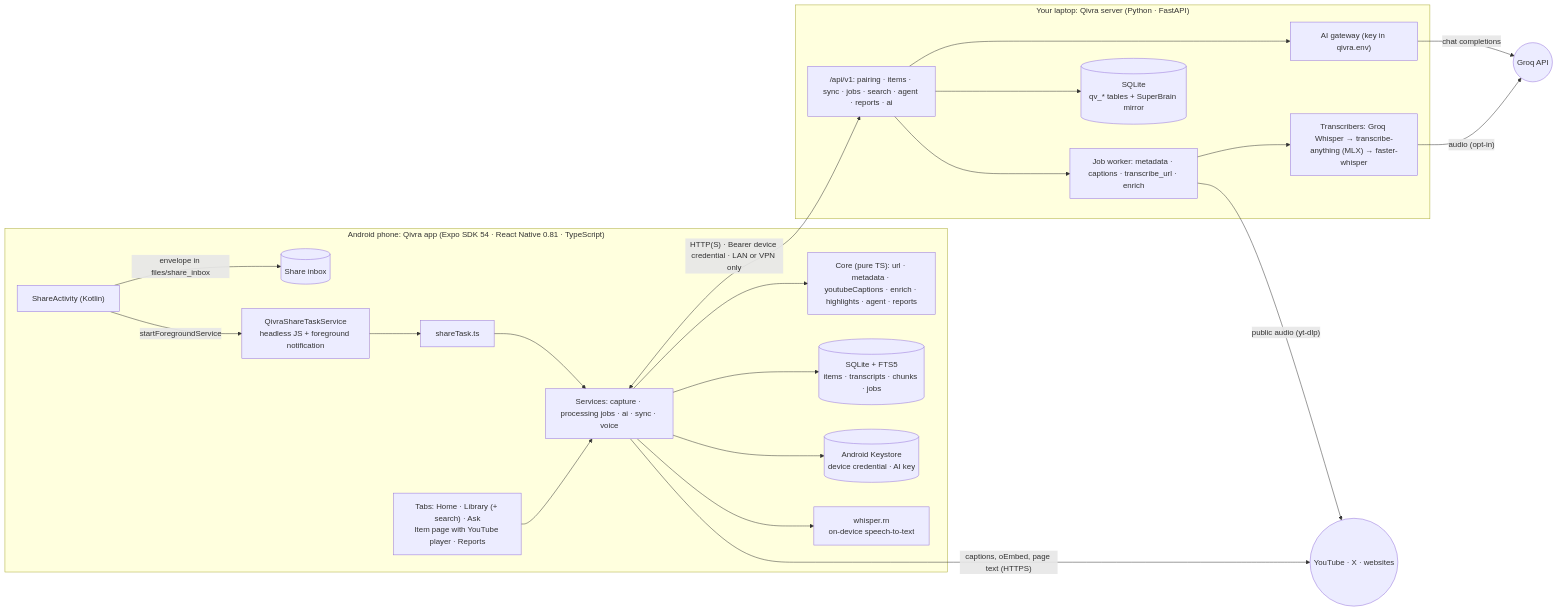
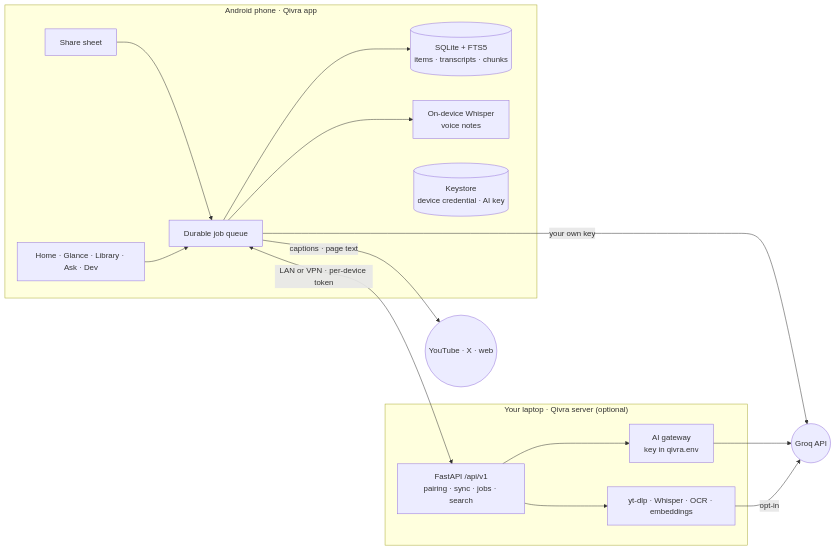
One commit to deekshith-b48/Qivra changed the diagram in README.md. Above: the diagram before and after it, drawn with Mermaid. The commit also changed other lines of this file and 92 other files, not shown here.

First line of the commit message:
Qivra 2.0.0: bring-your-own Groq key, Dev mode, shelves, compact UI

````diff
--- a/README.md
+++ b/README.md
@@ -81,31 +95,24 @@
 ```mermaid
 flowchart LR
-  subgraph Phone["Android phone: Qivra app (Expo SDK 54 · React Native 0.81 · TypeScript)"]
-    Share["ShareActivity (Kotlin)"] -->|"envelope in files/share_inbox"| Inbox[(Share inbox)]
-    Share -->|"startForegroundService"| Svc["QivraShareTaskService<br/>headless JS + foreground notification"]
-    Svc --> Task["shareTask.ts"]
-    UI["Tabs: Home · Library (+ search) · Ask<br/>Item page with YouTube player · Reports"] --> Services
-    Task --> Services["Services: capture · processing jobs · ai · sync · voice"]
-    Services --> Core["Core (pure TS): url · metadata · youtubeCaptions · enrich · highlights · agent · reports"]
-    Services --> DB[("SQLite + FTS5<br/>items · transcripts · chunks · jobs")]
-    Services --> Keystore[("Android Keystore<br/>device credential · AI key")]
-    Services --> Whisper["whisper.rn<br/>on-device speech-to-text"]
+  subgraph Phone["Android phone · Qivra app"]
+    Share["Share sheet"] --> Jobs["Durable job queue"]
+    UI["Home · Glance · Library · Ask · Dev"] --> Jobs
+    Jobs --> DB[("SQLite + FTS5<br/>items · transcripts · chunks")]
+    Jobs --> Whisper["On-device Whisper<br/>voice notes"]
+    Key[("Keystore<br/>device credential · AI key")]
   end
 
-  subgraph Laptop["Your laptop: Qivra server (Python · FastAPI)"]
-    API["/api/v1: pairing · items · sync · jobs · search · agent · reports · ai"]
-    Jobs["Job worker: metadata · captions · transcribe_url · enrich"]
-    Engines["Transcribers: Groq Whisper → transcribe-anything (MLX) → faster-whisper"]
-    GW["AI gateway (key in qivra.env)"]
-    SDB[("SQLite<br/>qv_* tables + SuperBrain mirror")]
-    API --> Jobs --> Engines
+  subgraph Laptop["Your laptop · Qivra server (optional)"]
+    API["FastAPI /api/v1<br/>pairing · sync · jobs · search"]
+    Media["yt-dlp · Whisper · OCR · embeddings"]
+    GW["AI gateway<br/>key in qivra.env"]
+    API --> Media
     API --> GW
-    API --> SDB
   end
 
-  Services <-->|"HTTP(S) · Bearer device credential · LAN or VPN only"| API
-  Services -->|"captions, oEmbed, page text (HTTPS)"| Web(("YouTube · X · websites"))
-  Jobs -->|"public audio (yt-dlp)"| Web
-  Engines -->|"audio (opt-in)"| Groq(("Groq API"))
-  GW -->|"chat completions"| Groq
+  Jobs <-->|"LAN or VPN · per-device token"| API
+  Jobs -->|"captions · page text"| Web(("YouTube · X · web"))
+  Jobs -->|"your own key"| Groq(("Groq API"))
+  GW --> Groq
+  Media -->|"opt-in"| Groq
 ```
````
